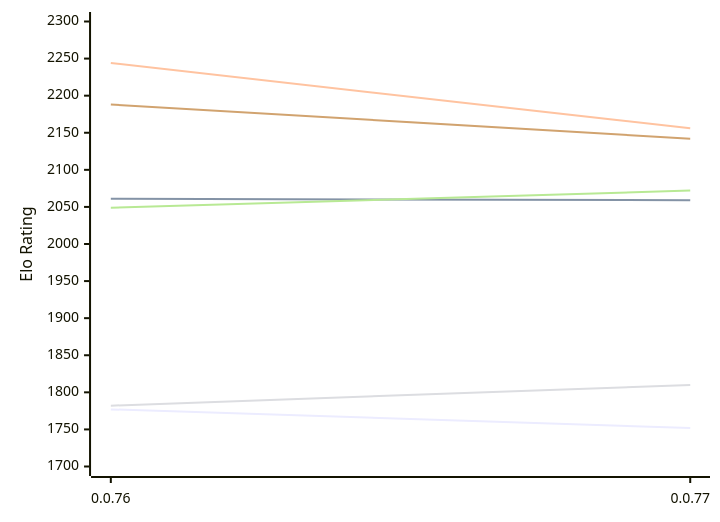
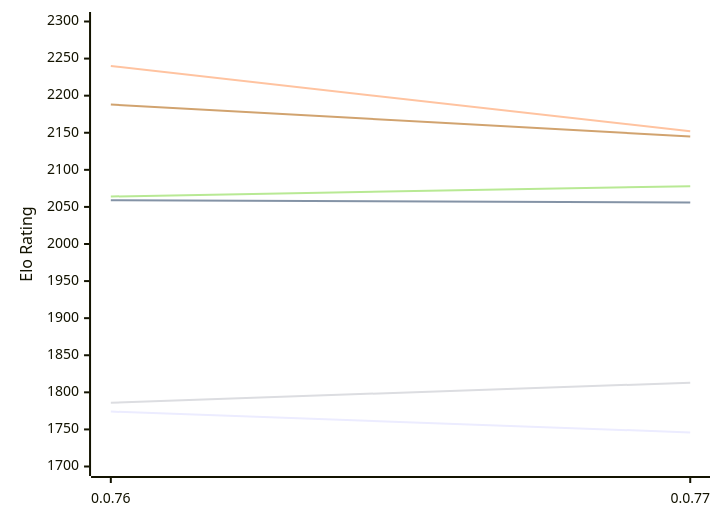
Before and after one commit to computer-chess-index/cci: the first of 2 diagrams in engines/Fktb.md, drawn with Mermaid. The commit also changed other lines of this file, not shown here.

Commit message:
Update CCI Ratings (ELO VLTC) - 2026-11-21

````diff
--- a/engines/Fktb.md
+++ b/engines/Fktb.md
@@ -50,12 +50,12 @@
 ```mermaid
 %%{init: {"theme":"base","themeVariables":{"seriesColors:['#a3a3a3','#222221','#faa371']}}}%%
 xychart-beta
   x-axis ["0.0.76", "0.0.77"]
   y-axis "Elo Rating" 1700 --> 2300
-  line "E1: STC (8.0+0.08s)" [1777, 1752]
-  line "E1: LTC (60.0+0.60s)" [2061, 2059]
-  line "E1: VLTC (2m24s+1.12s)" [2244, 2156]
-  line "P1: STC (8.0+0.08s)" [1782, 1810]
-  line "P1: LTC (60.0+0.60s)" [2049, 2072]
-  line "P1: VLTC (2m24s+1.12s)" [2188, 2142]
+  line "E1: STC (8.0+0.08s)" [1774, 1746]
+  line "E1: LTC (60.0+0.60s)" [2059, 2056]
+  line "E1: VLTC (2m24s+1.12s)" [2240, 2152]
+  line "P1: STC (8.0+0.08s)" [1786, 1813]
+  line "P1: LTC (60.0+0.60s)" [2064, 2078]
+  line "P1: VLTC (2m24s+1.12s)" [2188, 2145]
 ```
````
